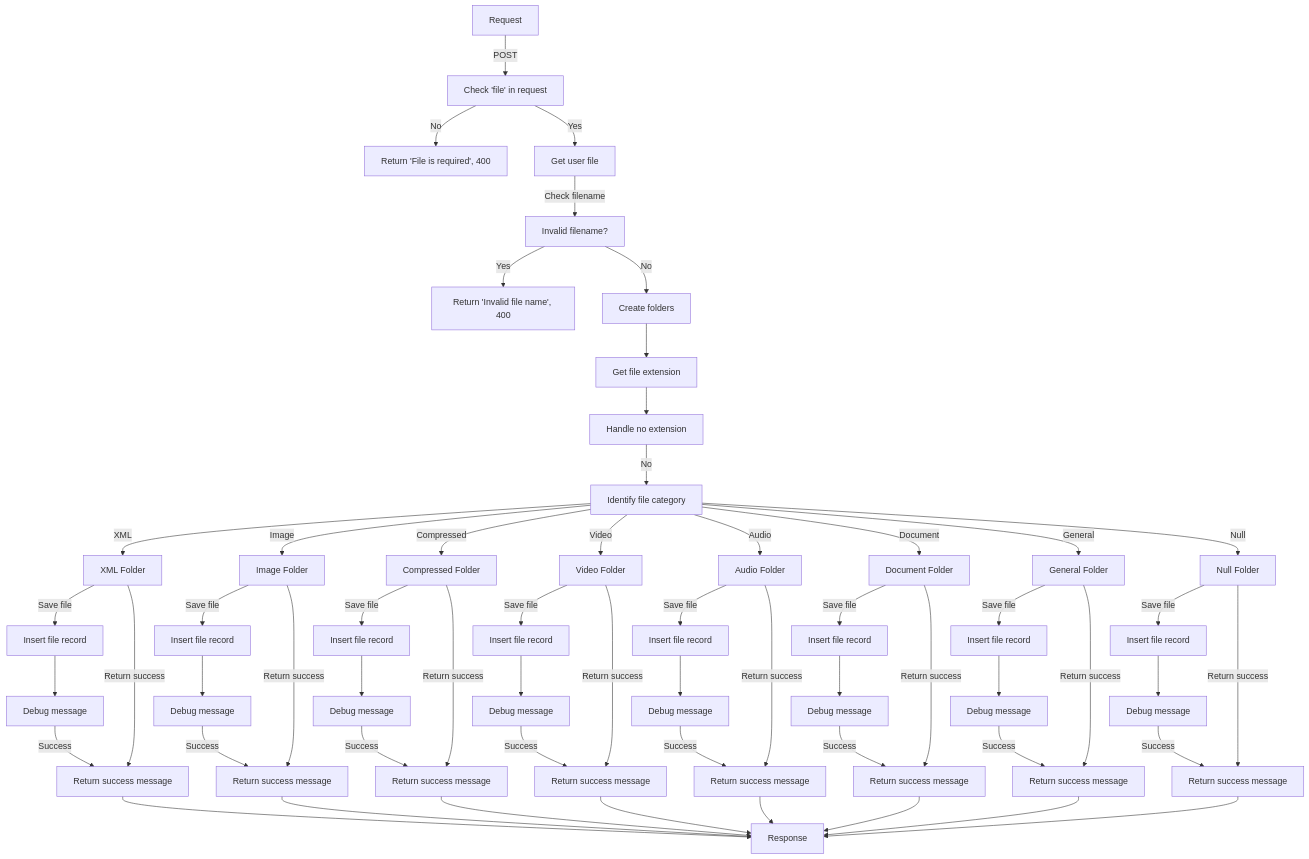
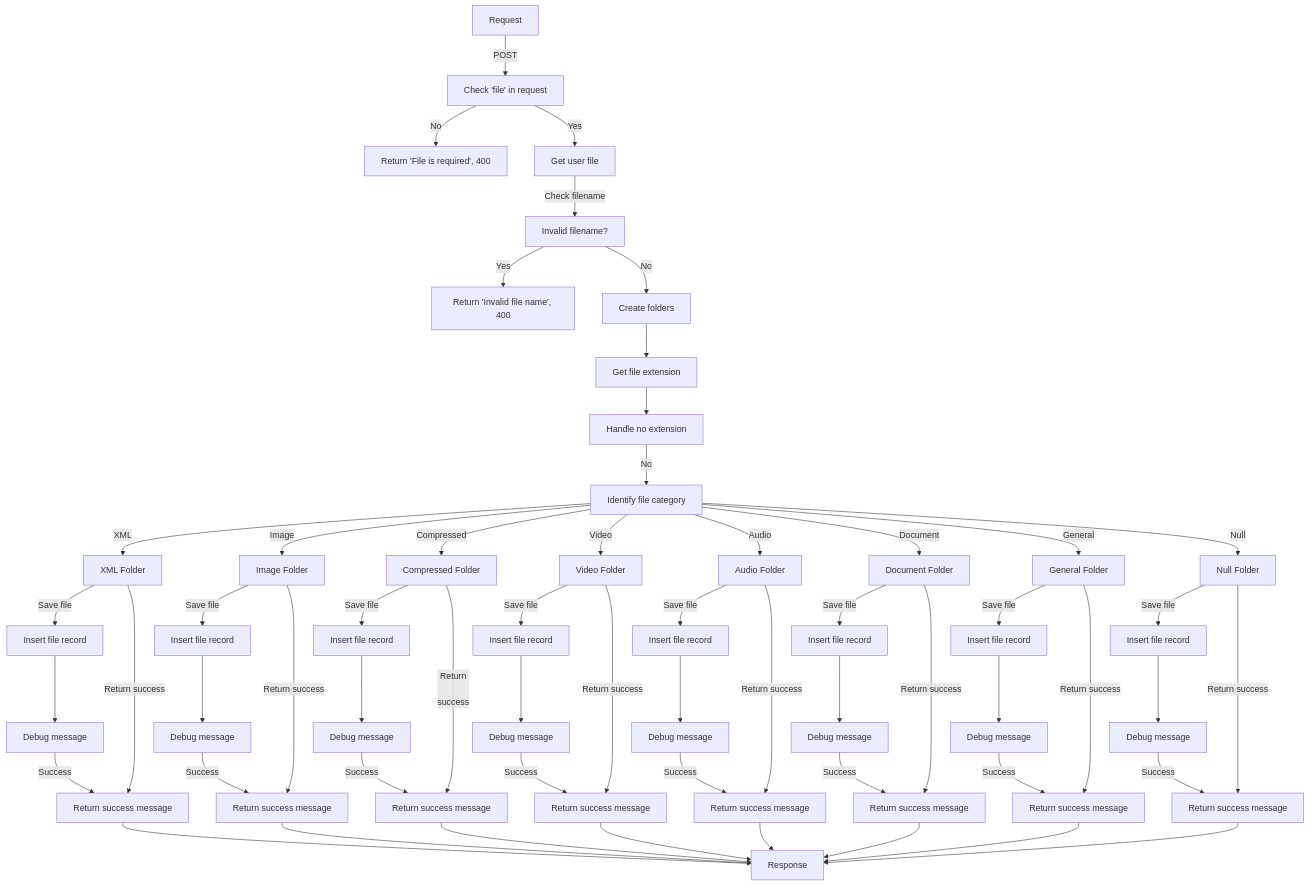
Before and after one commit to 1999AZZAR/Flask-Simple-File-Server: the diagram in README.md, drawn with Mermaid. The commit also changed other lines of this file, not shown here.

````diff
--- a/README.md
+++ b/README.md
@@ -129,60 +140,62 @@
 ```mermaid
 graph TD
   A[Request] -->|POST| B[Check 'file' in request]
   B -->|No| C[Return 'File is required', 400]
   B -->|Yes| D[Get user file]
   D -->|Check filename| E[Invalid filename?]
   E -->|Yes| F[Return 'Invalid file name', 400]
   E -->|No| G[Create folders]
   G --> H[Get file extension]
   H --> I[Handle no extension]
   I -->|No| J[Identify file category]
   J -->|XML| K[XML Folder]
   J -->|Image| L[Image Folder]
   J -->|Compressed| M[Compressed Folder]
   J -->|Video| N[Video Folder]
   J -->|Audio| O[Audio Folder]
   J -->|Document| P[Document Folder]
   J -->|General| Q[General Folder]
   J -->|Null| R[Null Folder]
   K -->|Save file| S[Insert file record]
   S --> T[Debug message]
   T -->|Success| U[Return success message]
   K -->|Return success| U[Return success message]
   L -->|Save file| V[Insert file record]
   V --> W[Debug message]
   W -->|Success| X[Return success message]
   L -->|Return success| X[Return success message]
   M -->|Save file| Y[Insert file record]
   Y --> Z[Debug message]
   Z -->|Success| AA[Return success message]
-  M -->|Return success| AA[Return success message]
+  M -->|Return
+
+ success| AA[Return success message]
   N -->|Save file| AB[Insert file record]
   AB --> AC[Debug message]
   AC -->|Success| AD[Return success message]
   N -->|Return success| AD[Return success message]
   O -->|Save file| AE[Insert file record]
   AE --> AF[Debug message]
   AF -->|Success| AG[Return success message]
   O -->|Return success| AG[Return success message]
   P -->|Save file| AH[Insert file record]
   AH --> AI[Debug message]
   AI -->|Success| AJ[Return success message]
   P -->|Return success| AJ[Return success message]
   Q -->|Save file| AK[Insert file record]
   AK --> AL[Debug message]
   AL -->|Success| AM[Return success message]
   Q -->|Return success| AM[Return success message]
   R -->|Save file| AN[Insert file record]
   AN --> AO[Debug message]
   AO -->|Success| AP[Return success message]
   R -->|Return success| AP[Return success message]
   U --> BM[Response]
   X --> BM[Response]
   AA --> BM[Response]
   AD --> BM[Response]
   AG --> BM[Response]
   AJ --> BM[Response]
   AM --> BM[Response]
   AP --> BM[Response]
 ```
````
